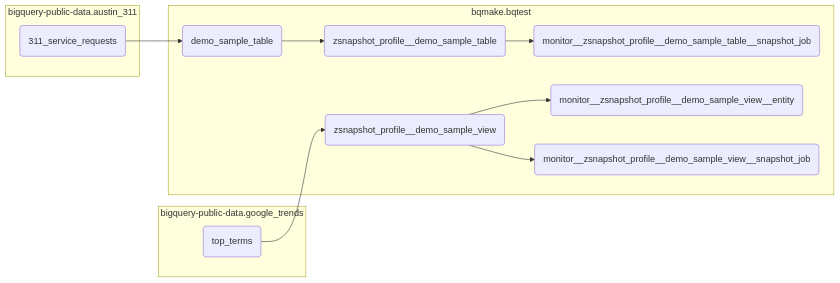
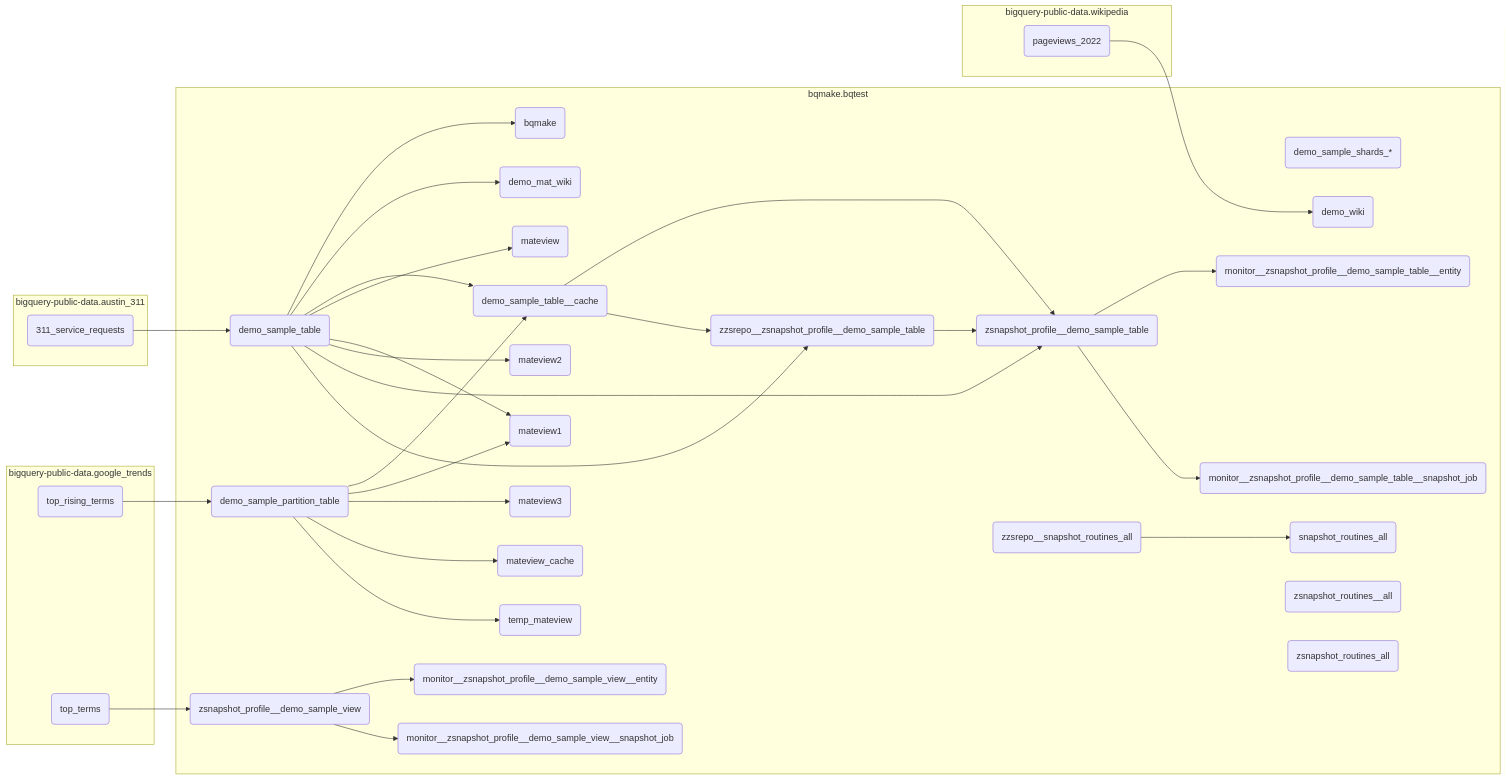
One commit to takegue/bqmake changed the diagram in bigquery/@default/bqtest/README.md. Above: the diagram before and after it, drawn with Mermaid. The commit also changed other lines of this file and 14 other files, not shown here.

````diff
--- a/bigquery/@default/bqtest/README.md
+++ b/bigquery/@default/bqtest/README.md
@@ -76,23 +75,64 @@
 ```mermaid
 graph LR
 subgraph bqmake.bqtest
+	eZPC(bqmake)
 	1+1w(demo_sample_table)
+	NcSI(demo_mat_wiki)
+	Z+1n(demo_sample_partition_table)
+	Pv1l(demo_sample_shards_*)
+	7hM4(demo_sample_table__cache)
+	SsQj(demo_wiki)
+	qQZt(mateview)
+	qt1O(mateview1)
+	E124(mateview2)
+	z4a/(mateview3)
+	2zH/(mateview_cache)
+	xksx(monitor__zsnapshot_profile__demo_sample_table__entity)
 	Gtda(zsnapshot_profile__demo_sample_table)
+	PnMI(zzsrepo__zsnapshot_profile__demo_sample_table)
 	lhos(monitor__zsnapshot_profile__demo_sample_table__snapshot_job)
 	leEX(monitor__zsnapshot_profile__demo_sample_view__entity)
 	TIeN(zsnapshot_profile__demo_sample_view)
 	F3Xr(monitor__zsnapshot_profile__demo_sample_view__snapshot_job)
+	e0BA(snapshot_routines_all)
+	Rybc(zzsrepo__snapshot_routines_all)
+	PZ0M(temp_mateview)
+	mo9z(zsnapshot_routines__all)
+	fFLB(zsnapshot_routines_all)
 end
 subgraph bigquery-public-data.austin_311
 	CNg3(311_service_requests)
 end
 subgraph bigquery-public-data.google_trends
+	0JIj(top_rising_terms)
 	1imV(top_terms)
 end
+subgraph bigquery-public-data.wikipedia
+	2fna(pageviews_2022)
+end
+1+1w --> eZPC
 CNg3 --> 1+1w
+1+1w --> NcSI
+0JIj --> Z+1n
+Z+1n --> 7hM4
+1+1w --> 7hM4
+2fna --> SsQj
+1+1w --> qQZt
+Z+1n --> qt1O
+1+1w --> qt1O
+1+1w --> E124
+Z+1n --> z4a/
+Z+1n --> 2zH/
+Gtda --> xksx
+PnMI --> Gtda
 1+1w --> Gtda
+7hM4 --> Gtda
+1+1w --> PnMI
+7hM4 --> PnMI
 Gtda --> lhos
 TIeN --> leEX
 1imV --> TIeN
 TIeN --> F3Xr
+Rybc --> e0BA
+Z+1n --> PZ0M
 ```
````
